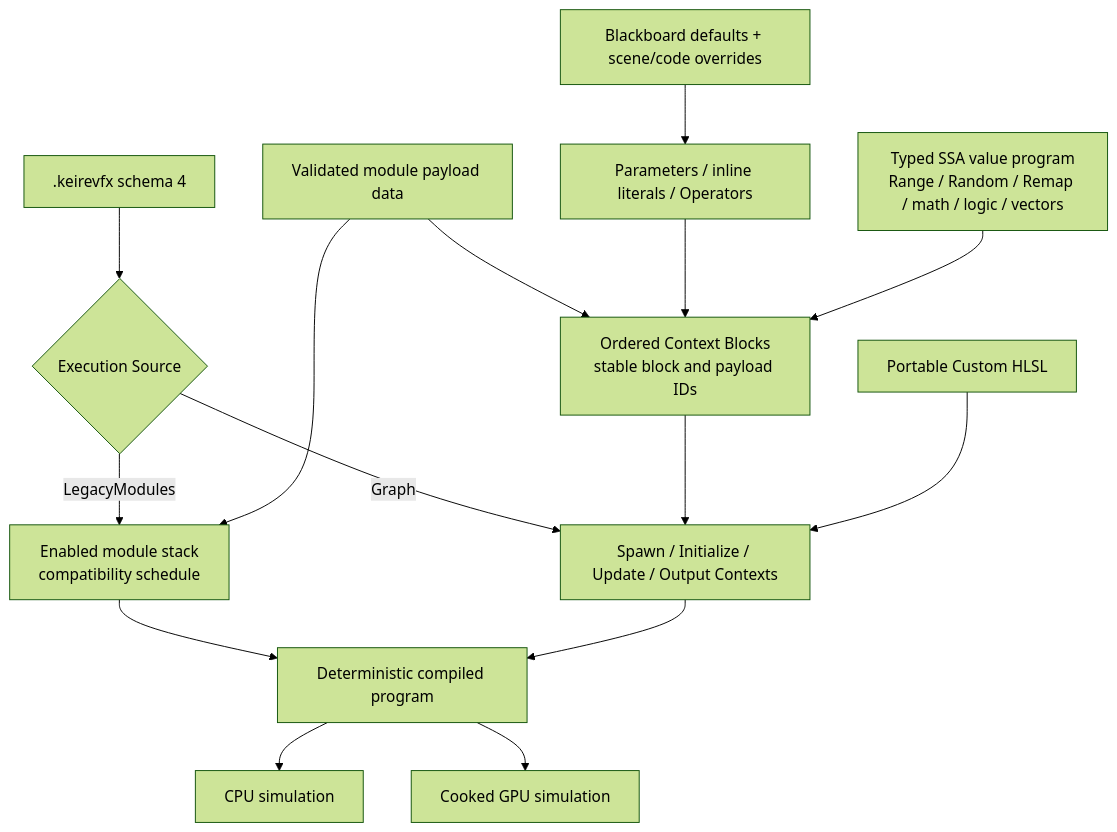
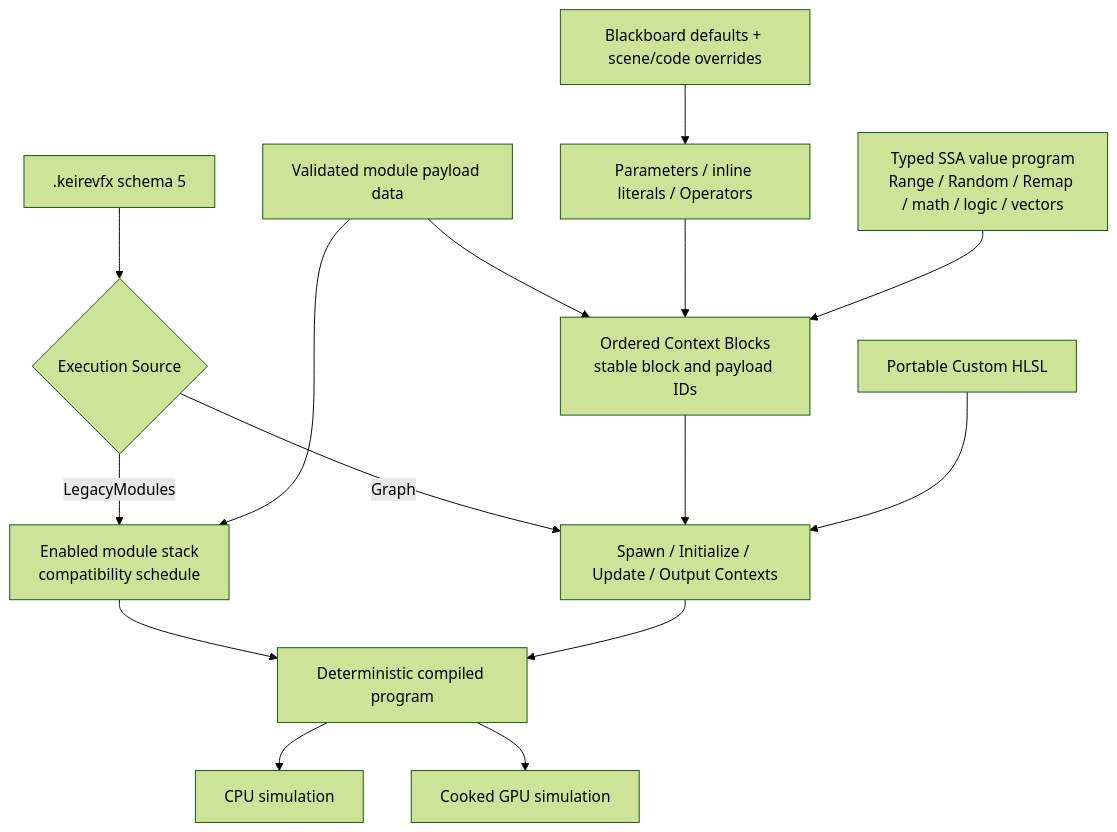
One commit to hcfgod/KeireEngine changed the first of 12 diagrams in Docs/Vfx.md. Above: the diagram before and after it, drawn with Mermaid (forest theme). The commit also changed other lines of this file and 184 other files, not shown here.

````diff
--- a/Docs/Vfx.md
+++ b/Docs/Vfx.md
@@ -27,17 +27,17 @@
 ```mermaid
 flowchart TD
-    Asset[".keirevfx schema 4"] --> Source{"Execution Source"}
+    Asset[".keirevfx schema 5"] --> Source{"Execution Source"}
     Source -->|"LegacyModules"| Legacy["Enabled module stack<br/>compatibility schedule"]
     Source -->|"Graph"| Contexts["Spawn / Initialize / Update / Output Contexts"]
     Payloads["Validated module payload data"] --> Legacy
     Payloads --> Blocks["Ordered Context Blocks<br/>stable block and payload IDs"]
     Blocks --> Contexts
     Blackboard["Blackboard defaults + scene/code overrides"] --> Values["Parameters / inline literals / Operators"]
     Values --> Blocks
     Operators["Typed SSA value program<br/>Range / Random / Remap / math / logic / vectors"] --> Blocks
     Custom["Portable Custom HLSL"] --> Contexts
     Legacy --> Program["Deterministic compiled program"]
     Contexts --> Program
     Program --> CPU["CPU simulation"]
     Program --> GPU["Cooked GPU simulation"]
 ```
````
